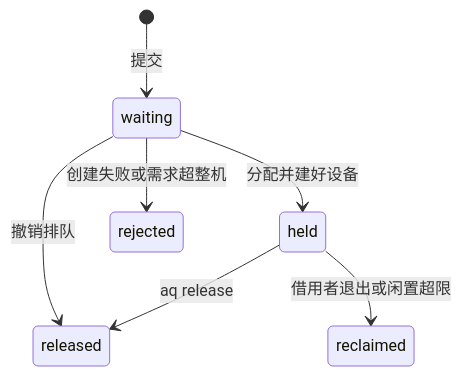
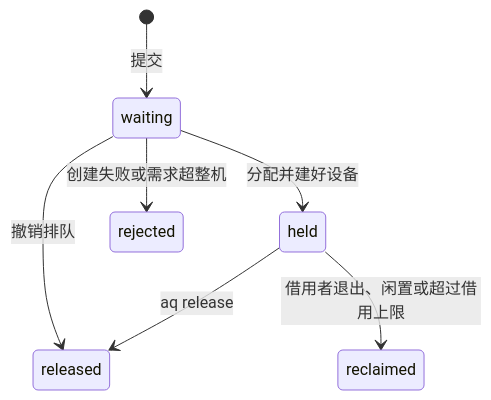
One commit to xiatiandeairen/agent-quay changed the third of 3 diagrams in docs/design.md. Above: the diagram before and after it, drawn with Mermaid. The commit also changed other lines of this file and 21 other files, not shown here.

````diff
--- a/docs/design.md
+++ b/docs/design.md
@@ -624,9 +649,9 @@
 ```mermaid
 stateDiagram-v2
   [*] --> waiting: 提交
   waiting --> held: 分配并建好设备
   waiting --> released: 撤销排队
   waiting --> rejected: 创建失败或需求超整机
   held --> released: aq release
-  held --> reclaimed: 借用者退出或闲置超限
+  held --> reclaimed: 借用者退出、闲置或超过借用上限
 ```
````
